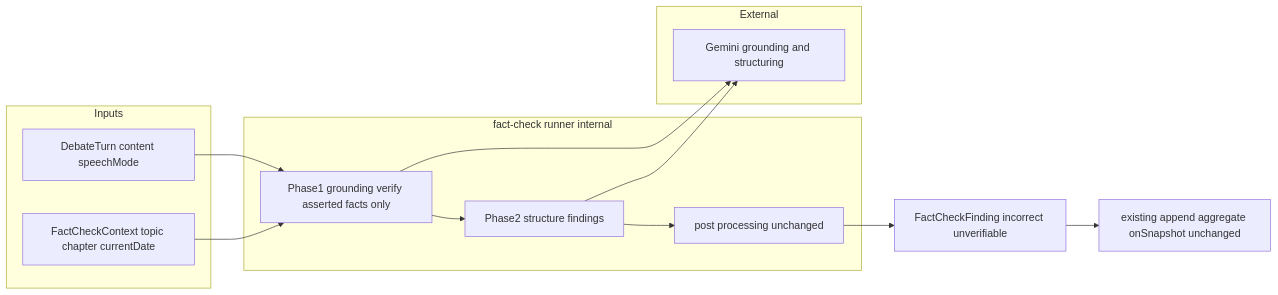
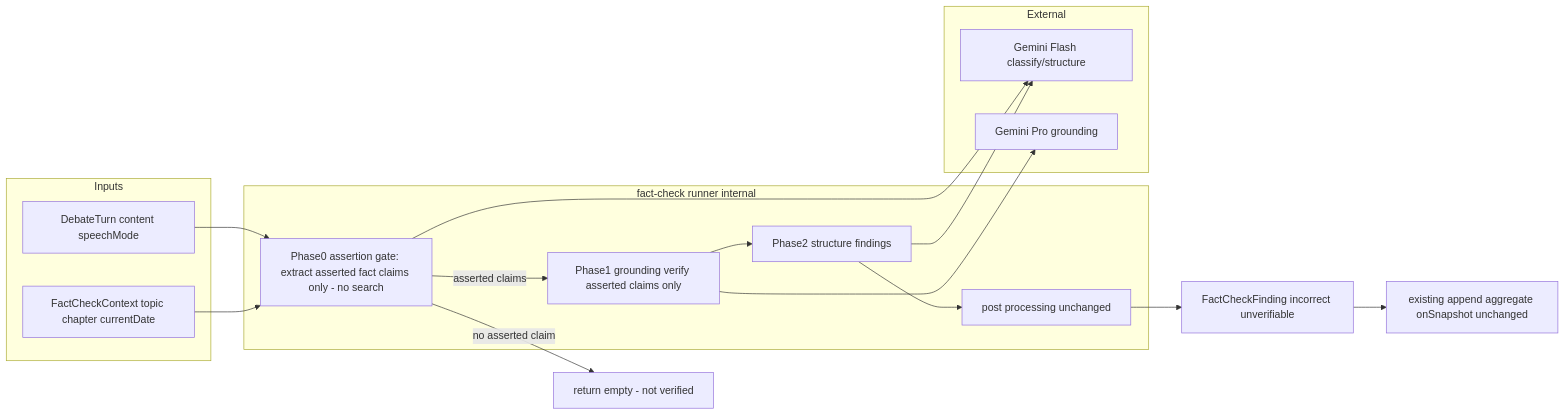
The first of 2 diagrams in .kiro/specs/fact-check-validity-improvement/design.md (iyodatakashi/logotope), drawn with Mermaid before and after one commit. The commit also changed other lines of this file and 3 other files, not shown here.

````diff
--- a/.kiro/specs/fact-check-validity-improvement/design.md
+++ b/.kiro/specs/fact-check-validity-improvement/design.md
@@ -57,21 +61,26 @@
 ```mermaid
 graph LR
     subgraph In [Inputs]
         Turn[DebateTurn content speechMode]
         Ctx[FactCheckContext topic chapter currentDate]
     end
     subgraph Fns [fact-check runner internal]
-        P1[Phase1 grounding verify asserted facts only]
+        P0[Phase0 assertion gate: extract asserted fact claims only - no search]
+        P1[Phase1 grounding verify asserted claims only]
         P2[Phase2 structure findings]
         Post[post processing unchanged]
     end
     subgraph Ext [External]
-        Gemini[Gemini grounding and structuring]
+        Flash[Gemini Flash classify/structure]
+        Pro[Gemini Pro grounding]
     end
-    Turn --> P1
-    Ctx --> P1
-    P1 --> Gemini
-    P1 --> P2 --> Gemini
+    Turn --> P0
+    Ctx --> P0
+    P0 --> Flash
+    P0 -->|no asserted claim| Empty[return empty - not verified]
+    P0 -->|asserted claims| P1
+    P1 --> Pro
+    P1 --> P2 --> Flash
     P2 --> Post --> Findings[FactCheckFinding incorrect unverifiable]
     Findings --> Existing[existing append aggregate onSnapshot unchanged]
 ```
````
